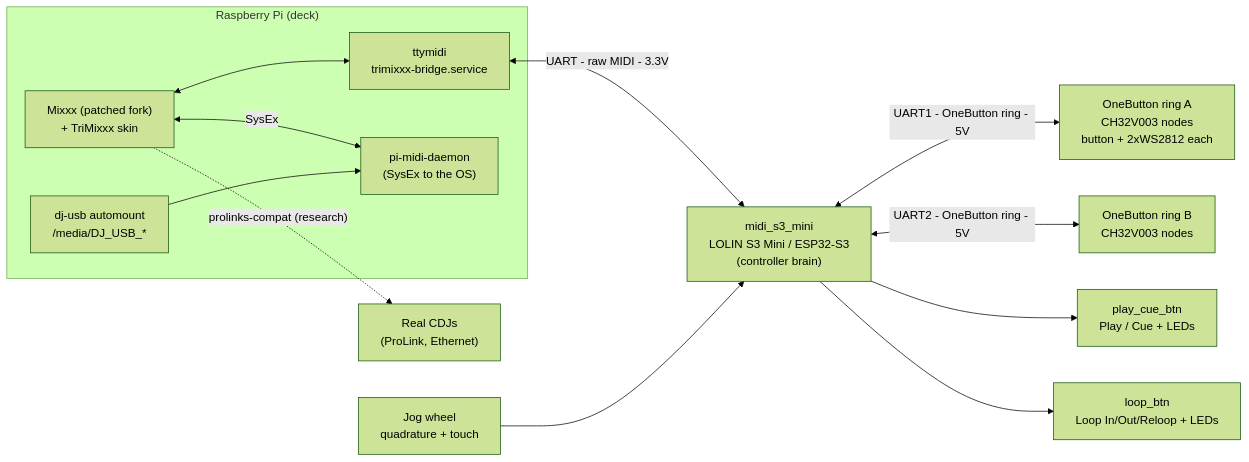
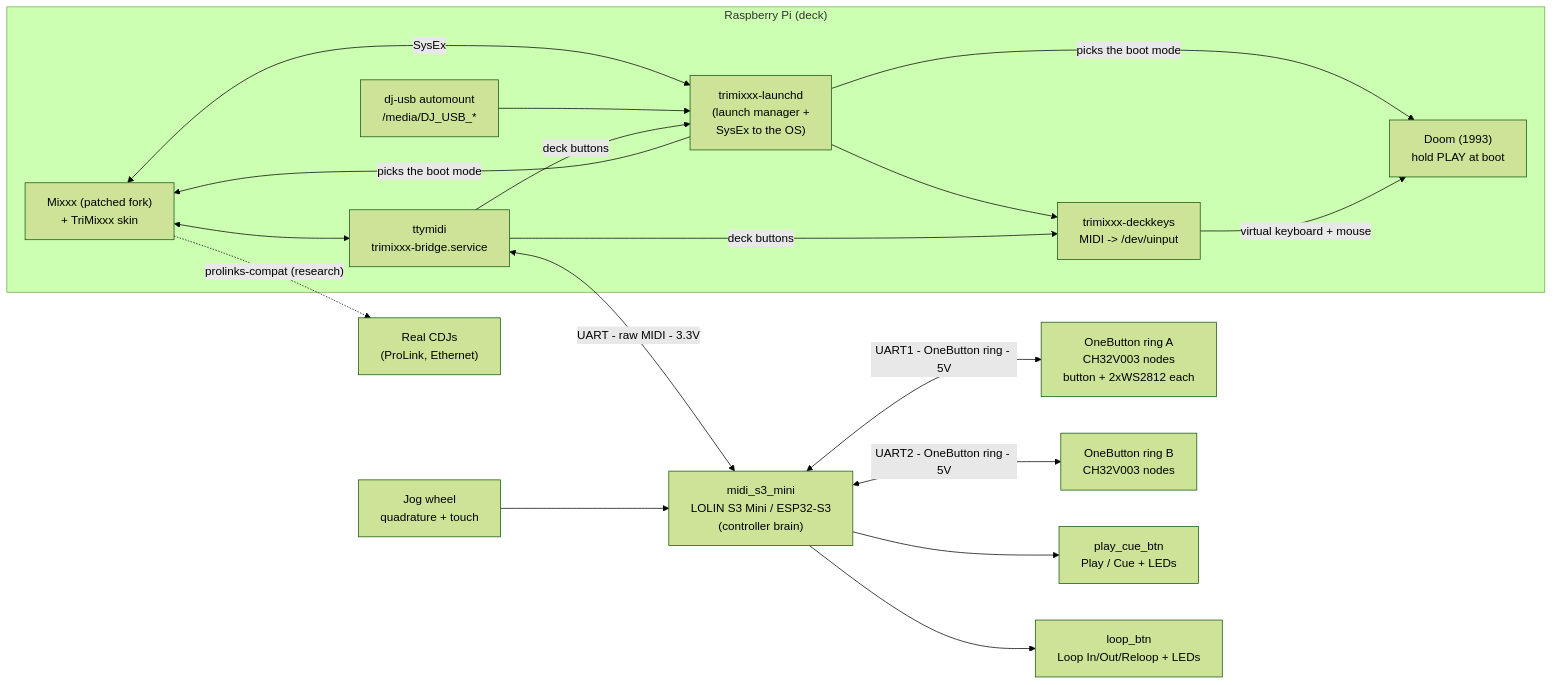
The diagram in README.md (usr-ein/TriMixxx), drawn with Mermaid (forest theme) before and after one commit. The commit also changed other lines of this file, not shown here.

Commit message:
docs: the deck is a launch manager and a Doom cabinet now
Component table and diagram catch up with the rename and the two new
pieces: trimixxx-launcher (the boot-mode decision plus the SysEx daemon it
grew out of) and doom/, with the deck's MIDI reaching the game as a virtual
keyboard and mouse.

````diff
--- a/README.md
+++ b/README.md
@@ -45,28 +45,36 @@
 ```mermaid
 flowchart LR
     subgraph PiBox["Raspberry Pi (deck)"]
         Mixxx["Mixxx (patched fork)<br/>+ TriMixxx skin"]
         Tty["ttymidi<br/>trimixxx-bridge.service"]
-        Daemon["pi-midi-daemon<br/>(SysEx to the OS)"]
+        Daemon["trimixxx-launchd<br/>(launch manager +<br/>SysEx to the OS)"]
         Usb["dj-usb automount<br/>/media/DJ_USB_*"]
+        Doom["Doom (1993)<br/>hold PLAY at boot"]
+        Keys["trimixxx-deckkeys<br/>MIDI -> /dev/uinput"]
     end
 
     S3["midi_s3_mini<br/>LOLIN S3 Mini / ESP32-S3<br/>(controller brain)"]
     RingA["OneButton ring A<br/>CH32V003 nodes<br/>button + 2xWS2812 each"]
     RingB["OneButton ring B<br/>CH32V003 nodes"]
     PlayCue["play_cue_btn<br/>Play / Cue + LEDs"]
     Loop["loop_btn<br/>Loop In/Out/Reloop + LEDs"]
     Jog["Jog wheel<br/>quadrature + touch"]
     CDJ["Real CDJs<br/>(ProLink, Ethernet)"]
 
     Mixxx <--> Tty
     Mixxx <-->|SysEx| Daemon
     Usb --> Daemon
+    Daemon -->|"picks the boot mode"| Mixxx
+    Daemon -->|"picks the boot mode"| Doom
+    Daemon --> Keys
+    Tty -->|"deck buttons"| Daemon
+    Tty -->|"deck buttons"| Keys
+    Keys -->|"virtual keyboard + mouse"| Doom
     Tty <-->|"UART - raw MIDI - 3.3V"| S3
     S3 <-->|"UART1 - OneButton ring - 5V"| RingA
     S3 <-->|"UART2 - OneButton ring - 5V"| RingB
     S3 --> PlayCue
     S3 --> Loop
     Jog --> S3
     Mixxx -.->|"prolinks-compat (research)"| CDJ
 ```
````
